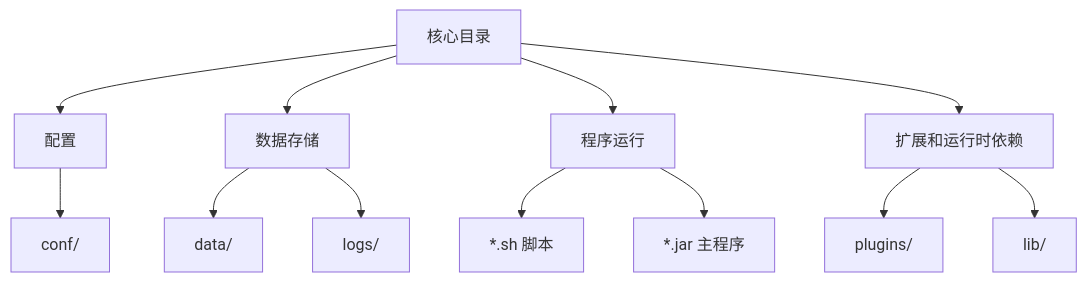
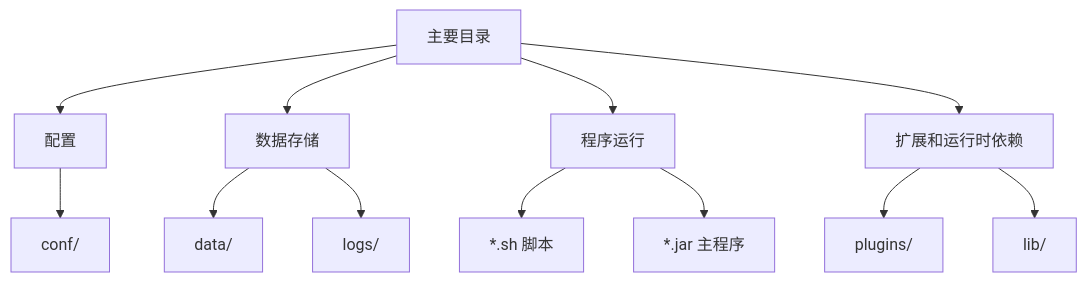
Before and after one commit to xcancloud/AngusOfficialWebsite: the second of 2 diagrams in www/zh/docs/tester/installation/prerequisites.md, drawn with Mermaid. The commit also changed other lines of this file and 4 other files, not shown here.

````diff
--- a/www/zh/docs/tester/installation/prerequisites.md
+++ b/www/zh/docs/tester/installation/prerequisites.md
@@ -71,15 +71,15 @@
 ```mermaid
 flowchart TB
-    A[核心目录] --> B[配置]
+    A[主要目录] --> B[配置]
     A --> C[数据存储]
     A --> D[程序运行]
     A --> E[扩展和运行时依赖]
     
     B --> F[conf/]
     C --> G[data/]
     C --> H[logs/]
     D --> I[*.sh 脚本]
     D --> J[*.jar 主程序]
     E --> K[plugins/]
     E --> L[lib/]
 ```
````
